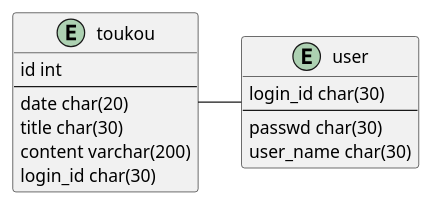
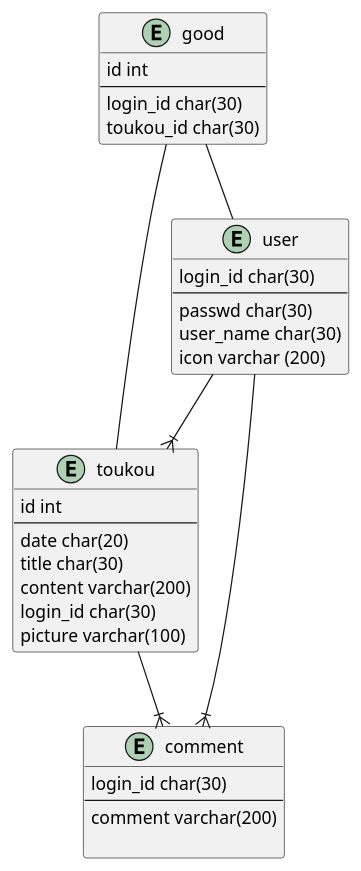
Before and after one commit to Aoi0718/keijiban: the diagram in er.pu, drawn with PlantUML.

```diff
--- a/er.pu
+++ b/er.pu
@@ -1,19 +1,39 @@
 @startuml er
 
 entity "toukou"{
     id int
     --
     date char(20)
     title char(30)
     content varchar(200)
     login_id char(30)
+    picture varchar(100)
 }
 
 entity "user"{
     login_id char(30)
     --
     passwd char(30)
     user_name char(30)
+    icon varchar (200)
 }
-toukou - user
+
+entity "good"{
+    id int
+    --
+    login_id char(30)
+    toukou_id char(30)
+}
+
+entity "comment"{
+    login_id char(30)
+    --
+    comment varchar(200)
+
+}
+user --|{ toukou
+good -- user
+good -- toukou
+user --|{ comment
+toukou --|{ comment
 @enduml
```
